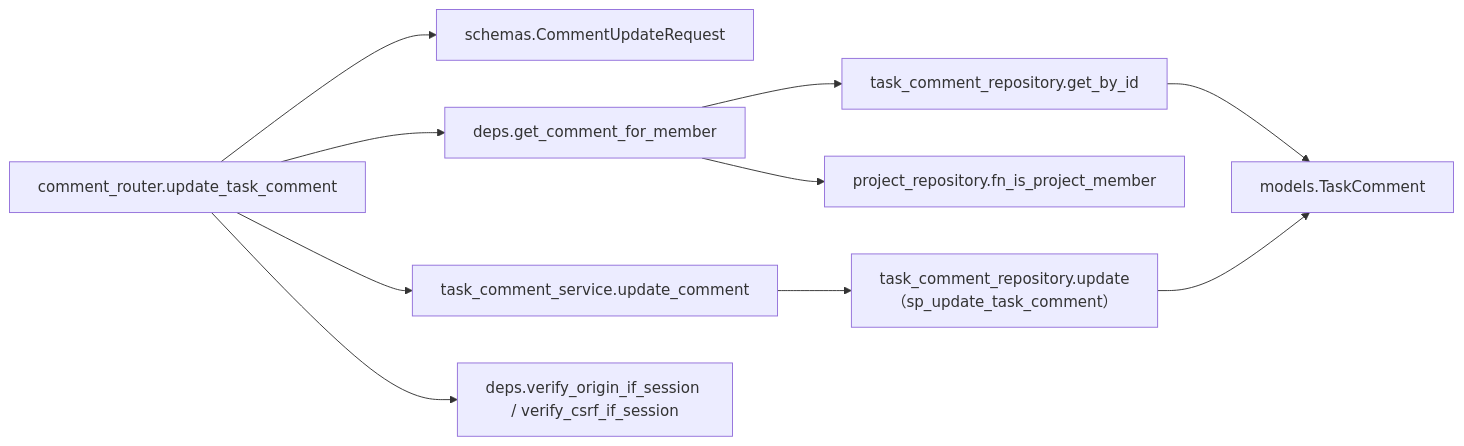
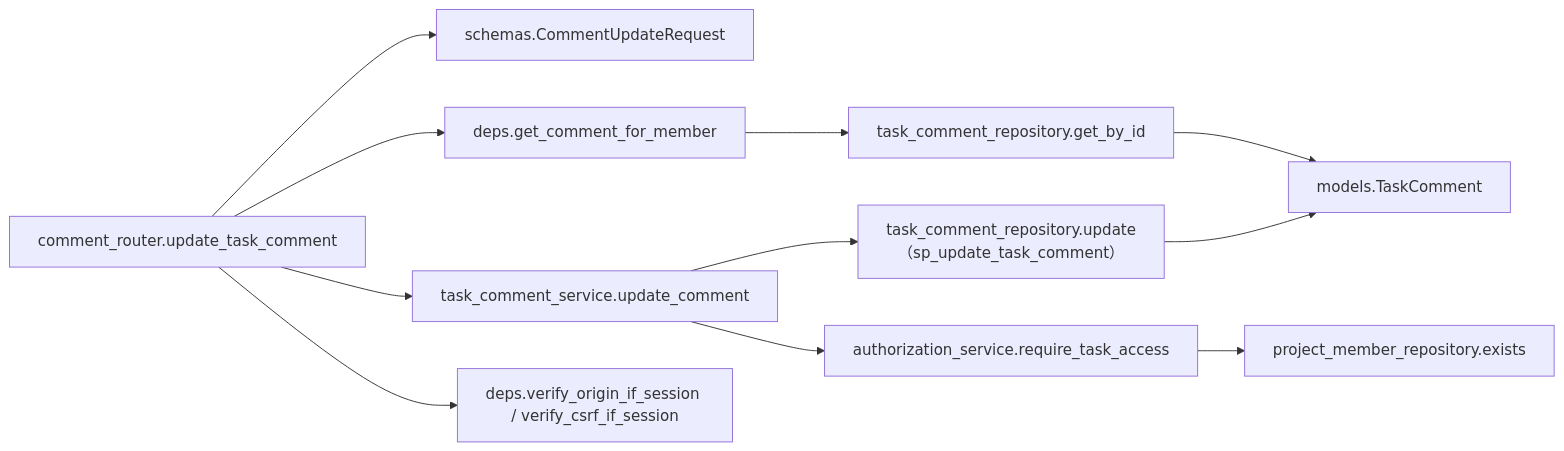
The third of 4 diagrams in docs/detailed_design/api/tasks/08_patch_comment.md (oikawa-d/task_management), drawn with Mermaid before and after one commit. The commit also changed other lines of this file and 2 other files, not shown here.

````diff
--- a/docs/detailed_design/api/tasks/08_patch_comment.md
+++ b/docs/detailed_design/api/tasks/08_patch_comment.md
@@ -233,12 +238,13 @@
 ```mermaid
 flowchart LR
     R["comment_router.update_task_comment"] --> Sch["schemas.CommentUpdateRequest"]
     R --> D["deps.get_comment_for_member"]
     R --> S["task_comment_service.update_comment"]
     D --> TR1["task_comment_repository.get_by_id"]
-    D --> PR["project_repository.fn_is_project_member"]
+    S --> A["authorization_service.require_task_access"]
+    A --> PR["project_member_repository.exists"]
     S --> TR2["task_comment_repository.update<br/>（sp_update_task_comment）"]
     TR1 --> M["models.TaskComment"]
     TR2 --> M
     R --> V["deps.verify_origin_if_session / verify_csrf_if_session"]
 ```
````
